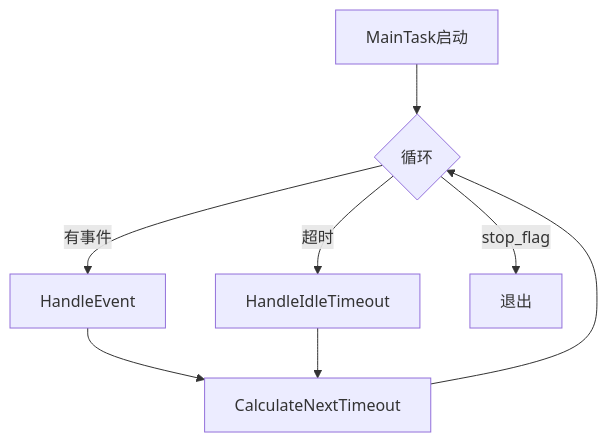
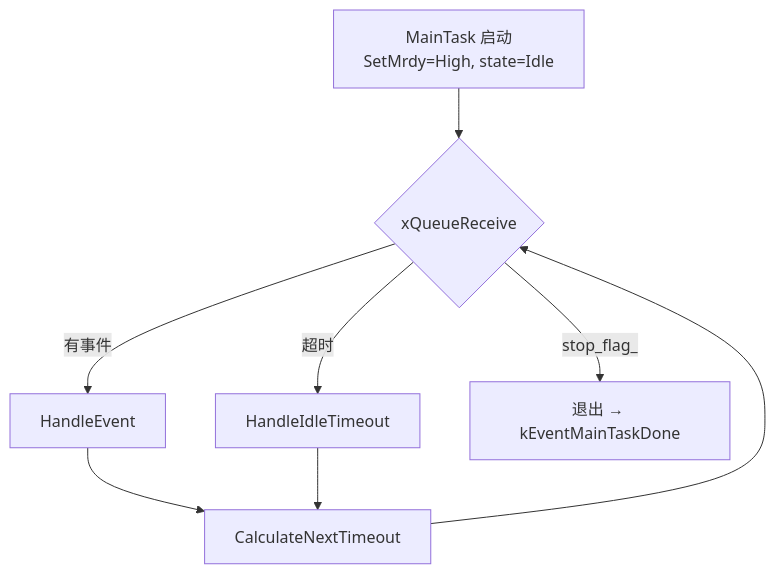
One commit to 78/uart-eth-modem changed the tenth of 22 diagrams in WORKING_PRINCIPLE.md. Above: the diagram before and after it, drawn with Mermaid. The commit also changed other lines of this file and 2 other files, not shown here.

````diff
--- a/WORKING_PRINCIPLE.md
+++ b/WORKING_PRINCIPLE.md
@@ -431,10 +409,10 @@
 ```mermaid
 graph TB
-    START[MainTask启动] --> LOOP{循环}
+    START[MainTask 启动<br/>SetMrdy=High, state=Idle] --> LOOP{xQueueReceive}
     LOOP -->|有事件| HANDLE[HandleEvent]
     LOOP -->|超时| TIMEOUT[HandleIdleTimeout]
     HANDLE --> CALC[CalculateNextTimeout]
     TIMEOUT --> CALC
     CALC --> LOOP
-    LOOP -->|stop_flag| EXIT[退出]
+    LOOP -->|stop_flag_| EXIT[退出 → kEventMainTaskDone]
 ```
````
